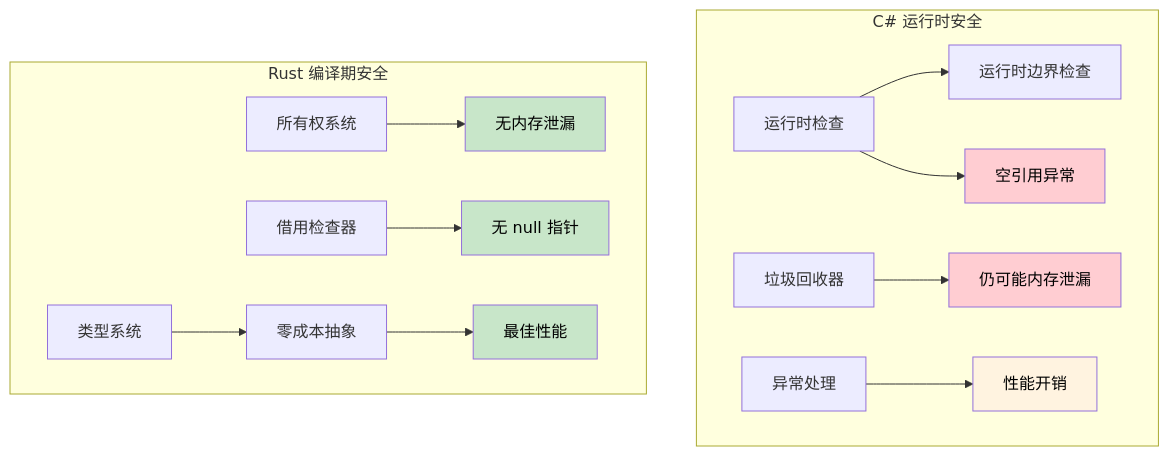
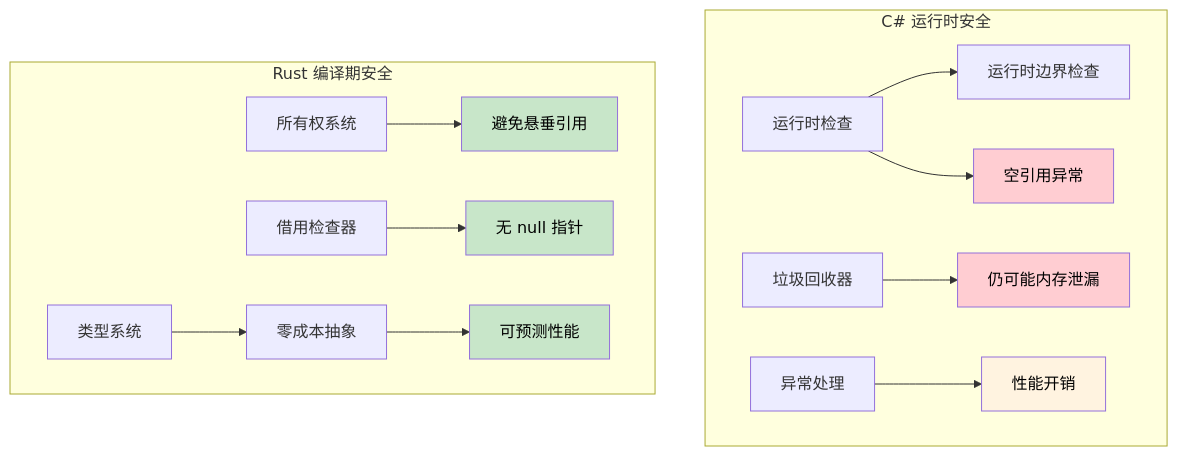
The diagram in zh-cn/csharp-book/src/ch07-1-memory-safety-deep-dive.md (xiaofengoop/rust-for-csharp-programmers-zh-cn), drawn with Mermaid before and after one commit. The commit also changed other lines of this file and 11 other files, not shown here.

````diff
--- a/zh-cn/csharp-book/src/ch07-1-memory-safety-deep-dive.md
+++ b/zh-cn/csharp-book/src/ch07-1-memory-safety-deep-dive.md
@@ -199,39 +199,39 @@
 ```mermaid
 graph TD
 	subgraph "C# 运行时安全"
 		CS_RUNTIME["运行时检查"]
 		CS_GC["垃圾回收器"]
 		CS_EXCEPTIONS["异常处理"]
 		CS_BOUNDS["运行时边界检查"]
 		CS_NULL["空引用异常"]
 		CS_LEAKS["仍可能内存泄漏"]
 		CS_OVERHEAD["性能开销"]
         
 		CS_RUNTIME --> CS_BOUNDS
 		CS_RUNTIME --> CS_NULL
 		CS_GC --> CS_LEAKS
 		CS_EXCEPTIONS --> CS_OVERHEAD
 	end
     
 	subgraph "Rust 编译期安全"
 		RUST_OWNERSHIP["所有权系统"]
 		RUST_BORROWING["借用检查器"]
 		RUST_TYPES["类型系统"]
 		RUST_ZERO_COST["零成本抽象"]
 		RUST_NO_NULL["无 null 指针"]
-		RUST_NO_LEAKS["无内存泄漏"]
-		RUST_FAST["最佳性能"]
+		RUST_NO_DANGLING["避免悬垂引用"]
+		RUST_FAST["可预测性能"]
         
-		RUST_OWNERSHIP --> RUST_NO_LEAKS
+		RUST_OWNERSHIP --> RUST_NO_DANGLING
 		RUST_BORROWING --> RUST_NO_NULL
 		RUST_TYPES --> RUST_ZERO_COST
 		RUST_ZERO_COST --> RUST_FAST
 	end
     
 	style CS_NULL fill:#ffcdd2,color:#000
 	style CS_LEAKS fill:#ffcdd2,color:#000
 	style CS_OVERHEAD fill:#fff3e0,color:#000
 	style RUST_NO_NULL fill:#c8e6c9,color:#000
-	style RUST_NO_LEAKS fill:#c8e6c9,color:#000
+	style RUST_NO_DANGLING fill:#c8e6c9,color:#000
 	style RUST_FAST fill:#c8e6c9,color:#000
 ```
````
